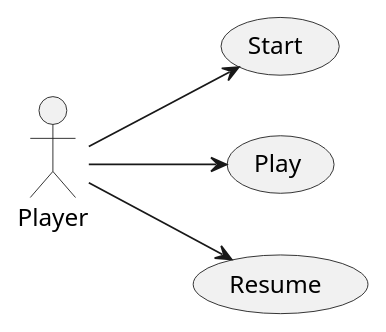
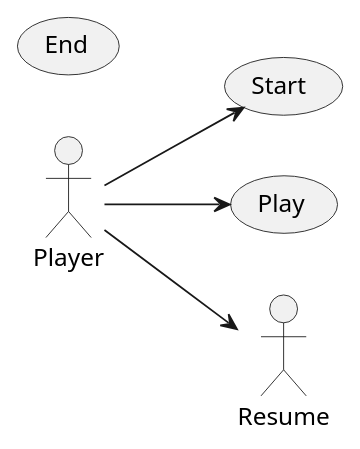
The diagram in docs/diagrams/actorsUseCaseDiagram.plantuml (Rafax159/ATI-012024), drawn with PlantUML before and after one commit.

Commit message:
cambio a usecase End

```diff
--- a/docs/diagrams/actorsUseCaseDiagram.plantuml
+++ b/docs/diagrams/actorsUseCaseDiagram.plantuml
@@ -1,11 +1,11 @@
 @startuml actorsUseCaseDiagram
 left to right direction
 actor Player
 usecase Start
 usecase Play
-usecase Resume
+usecase End
 
 Player --> Start
 Player --> Play
 Player --> Resume
 @enduml
```
